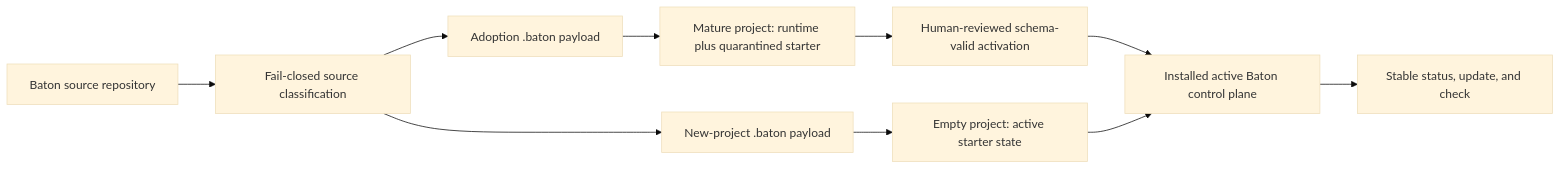
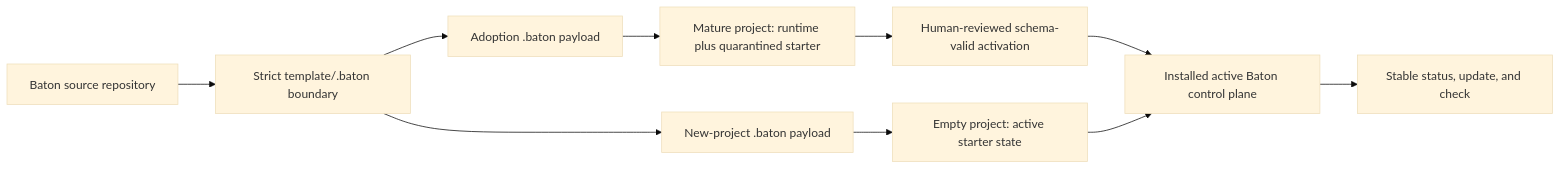
One commit to FabienGreard/agentic-project-harness changed the diagram in docs/architecture.md. Above: the diagram before and after it, drawn with Mermaid (base theme). The commit also changed other lines of this file and 19 other files, not shown here.

````diff
--- a/docs/architecture.md
+++ b/docs/architecture.md
@@ -7,12 +7,12 @@
 ```mermaid
 flowchart LR
-    S["Baton source repository"] --> C["Fail-closed source classification"]
+    S["Baton source repository"] --> C["Strict template/.baton boundary"]
     C --> N["New-project .baton payload"]
     C --> A["Adoption .baton payload"]
     N --> E["Empty project: active starter state"]
     A --> M["Mature project: runtime plus quarantined starter"]
     M --> H["Human-reviewed schema-valid activation"]
     H --> I["Installed active Baton control plane"]
     E --> I
     I --> U["Stable status, update, and check"]
 ```
````
